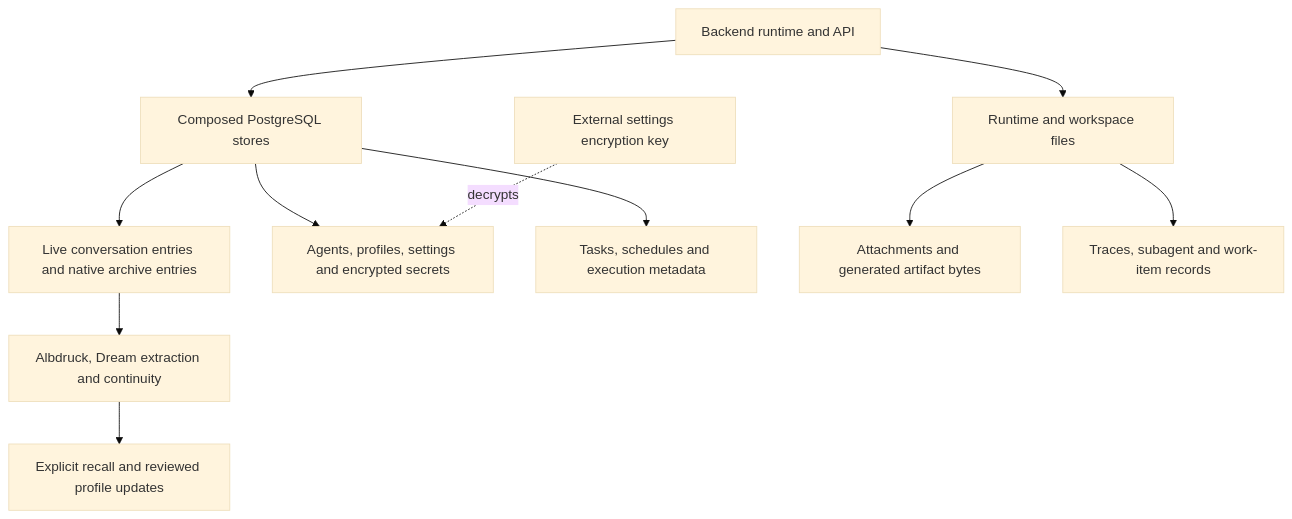
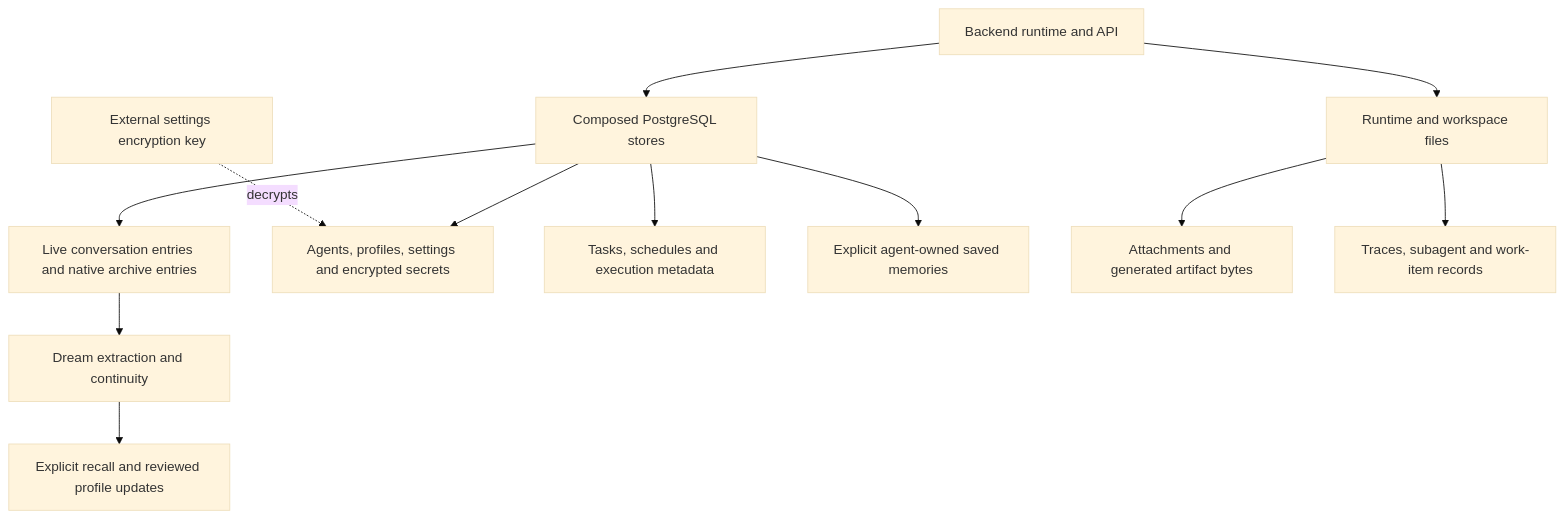
One commit to NightShaman/Burrow changed the first of 2 diagrams in docs/architecture/persistence.md. Above: the diagram before and after it, drawn with Mermaid (base theme). The commit also changed other lines of this file and 35 other files, not shown here.

````diff
--- a/docs/architecture/persistence.md
+++ b/docs/architecture/persistence.md
@@ -9,13 +9,14 @@
 ```mermaid
 flowchart TB
     Runtime[Backend runtime and API] --> Stores[Composed PostgreSQL stores]
     Stores --> Originals[Live conversation entries and native archive entries]
     Stores --> Settings[Agents, profiles, settings and encrypted secrets]
     Stores --> State[Tasks, schedules and execution metadata]
-    Originals --> Derived[Albdruck, Dream extraction and continuity]
+    Originals --> Derived[Dream extraction and continuity]
+    Stores --> Brains[Explicit agent-owned saved memories]
     Derived --> Recall[Explicit recall and reviewed profile updates]
     Runtime --> Files[Runtime and workspace files]
     Files --> Bytes[Attachments and generated artifact bytes]
     Files --> Records[Traces, subagent and work-item records]
     Key[External settings encryption key] -. decrypts .-> Settings
 ```
````
